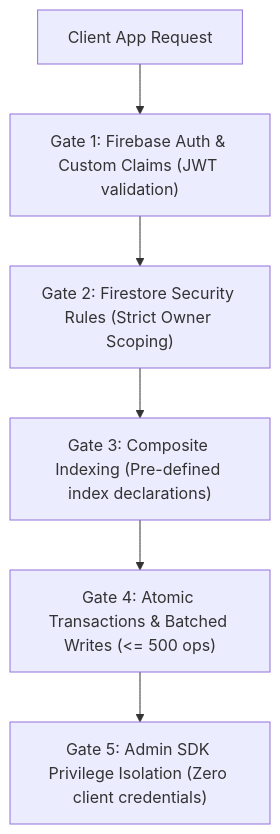
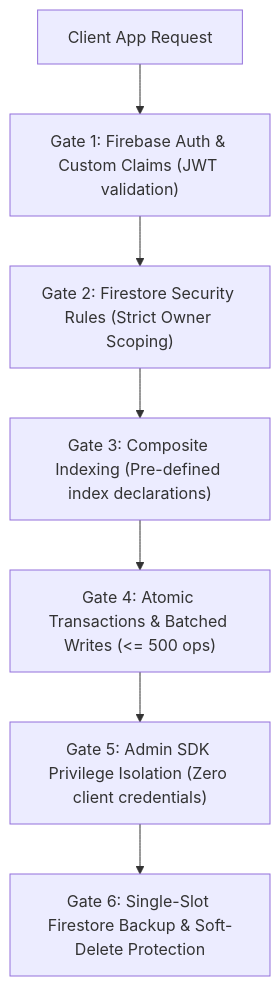
Before and after one commit to darknecrocities/SkillBuilder: the diagram in skills/firebase/SKILL.md, drawn with Mermaid. The commit also changed other lines of this file and 19 other files, not shown here.

First line of the commit message:
feat(storage): add single-slot sha256 deduplicated backups & sensitive deletion gate

````diff
--- a/skills/firebase/SKILL.md
+++ b/skills/firebase/SKILL.md
@@ -16,8 +16,9 @@
 ```mermaid
 flowchart TD
     A["Client App Request"] --> B["Gate 1: Firebase Auth & Custom Claims (JWT validation)"]
     B --> C["Gate 2: Firestore Security Rules (Strict Owner Scoping)"]
     C --> D["Gate 3: Composite Indexing (Pre-defined index declarations)"]
     D --> E["Gate 4: Atomic Transactions & Batched Writes (<= 500 ops)"]
     E --> F["Gate 5: Admin SDK Privilege Isolation (Zero client credentials)"]
+    F --> G["Gate 6: Single-Slot Firestore Backup & Soft-Delete Protection"]
 ```
````
